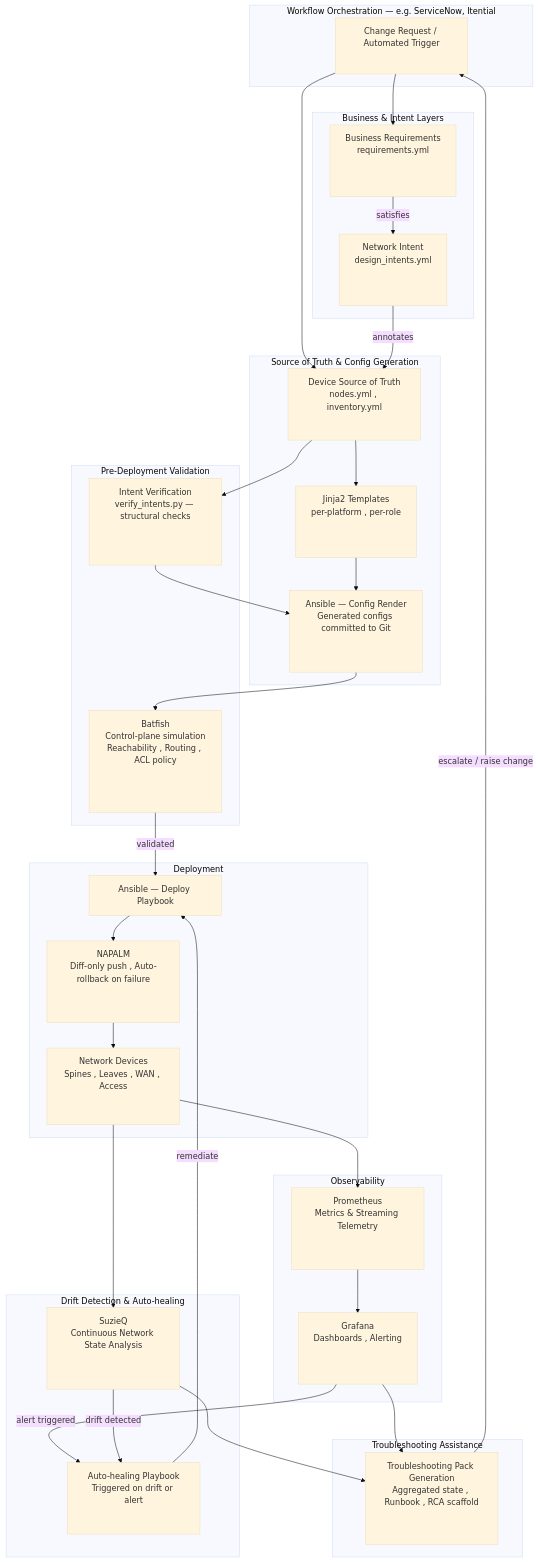
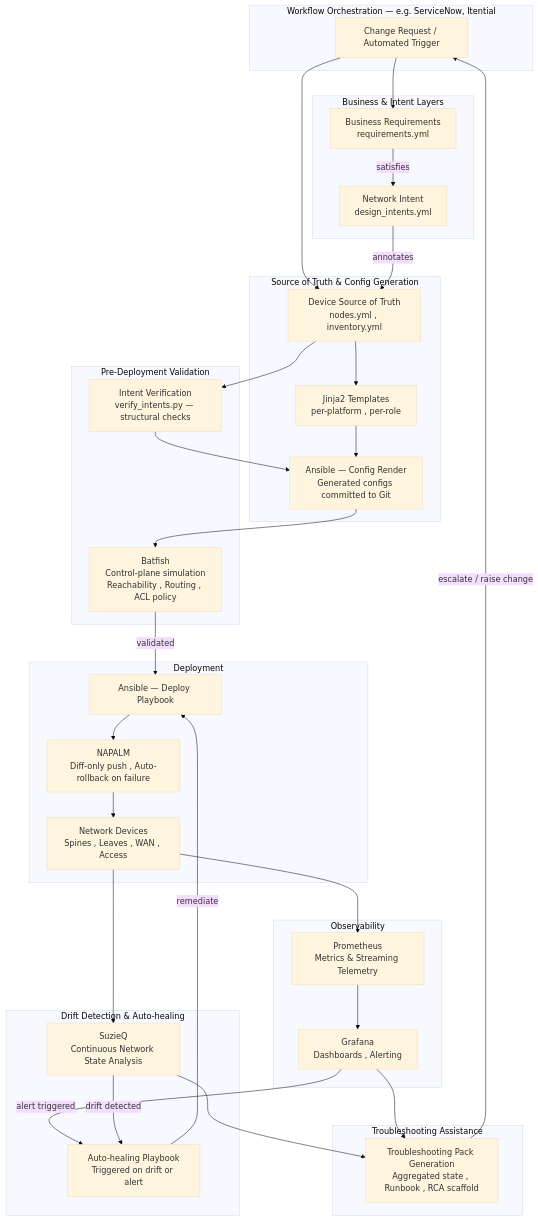
Before and after one commit to ppklau/network_automation_handbook: the fourth of 4 diagrams in 06-architecture-patterns/chapter.md, drawn with Mermaid (base theme). The commit also changed other lines of this file and 9 other files, not shown here.

Commit message:
Updated Mermaid charts.

````diff
--- a/06-architecture-patterns/chapter.md
+++ b/06-architecture-patterns/chapter.md
@@ -431,67 +431,67 @@
 ```mermaid
 flowchart TD
     subgraph ORCH["Workflow Orchestration  —  e.g. ServiceNow, Itential"]
-        WF["<div style='min-height:80px'>Change Request / Automated Trigger</div>"]
+        WF["Change Request / Automated Trigger"]
     end
 
     subgraph INTENT["Business & Intent Layers"]
-        BIZ["<div style='min-height:110px'>Business Requirements<br>requirements.yml</div>"]
-        NET["<div style='min-height:110px'>Network Intent<br>design_intents.yml</div>"]
+        BIZ["Business Requirements<br>requirements.yml"]
+        NET["Network Intent<br>design_intents.yml"]
     end
 
     subgraph SOT_LAYER["Source of Truth & Config Generation"]
-        SOT["<div style='min-height:110px'>Device Source of Truth<br>nodes.yml , inventory.yml</div>"]
-        TEMPLATES["<div style='min-height:110px'>Jinja2 Templates<br>per-platform , per-role</div>"]
-        ANSIBLE_GEN["<div style='min-height:130px'>Ansible — Config Render<br>Generated configs committed to Git</div>"]
+        SOT["Device Source of Truth<br>nodes.yml , inventory.yml"]
+        TEMPLATES["Jinja2 Templates<br>per-platform , per-role"]
+        ANSIBLE_GEN["Ansible — Config Render<br>Generated configs committed to Git"]
     end
 
     subgraph VALIDATE["Pre-Deployment Validation"]
-        VERIFY["<div style='min-height:140px'>Intent Verification<br>verify_intents.py — structural checks</div>"]
-        BATFISH["<div style='min-height:170px'>Batfish<br>Control-plane simulation<br>Reachability , Routing , ACL policy</div>"]
+        VERIFY["Intent Verification<br>verify_intents.py — structural checks"]
+        BATFISH["Batfish<br>Control-plane simulation<br>Reachability , Routing , ACL policy"]
     end
 
     subgraph DEPLOY["Deployment"]
         ANSIBLE_DEPLOY["Ansible — Deploy Playbook"]
-        NAPALM["<div style='min-height:130px'>NAPALM<br>Diff-only push , Auto-rollback on failure</div>"]
-        DEVICES["<div style='min-height:120px'>Network Devices<br>Spines , Leaves , WAN , Access</div>"]
+        NAPALM["NAPALM<br>Diff-only push , Auto-rollback on failure"]
+        DEVICES["Network Devices<br>Spines , Leaves , WAN , Access"]
     end
 
     subgraph OBS["Observability"]
-        PROM["<div style='min-height:130px'>Prometheus<br>Metrics & Streaming Telemetry</div>"]
-        GRAFANA["<div style='min-height:110px'>Grafana<br>Dashboards , Alerting</div?"]
+        PROM["Prometheus<br>Metrics & Streaming Telemetry"]
+        GRAFANA["Grafana<br>Dashboards , Alerting"]
     end
 
     subgraph DRIFT["Drift Detection & Auto-healing"]
-        SUZIEQ["<div style='min-height:130px'>SuzieQ<br>Continuous Network State Analysis</div>"]
-        HEAL["<div style='min-height:110px'>Auto-healing Playbook<br>Triggered on drift or alert</div>"]
+        SUZIEQ["SuzieQ<br>Continuous Network State Analysis"]
+        HEAL["Auto-healing Playbook<br>Triggered on drift or alert"]
     end
 
     subgraph TROUBLE["Troubleshooting Assistance"]
-        TPACK["<div style='min-height:150px'>Troubleshooting Pack Generation<br>Aggregated state , Runbook , RCA scaffold</div>"]
+        TPACK["Troubleshooting Pack Generation<br>Aggregated state , Runbook , RCA scaffold"]
     end
 
     WF --> BIZ
     WF --> SOT
     BIZ -->|"satisfies"| NET
     NET -->|"annotates"| SOT
     SOT --> TEMPLATES
     SOT --> VERIFY
     TEMPLATES --> ANSIBLE_GEN
     VERIFY --> ANSIBLE_GEN
     ANSIBLE_GEN --> BATFISH
     BATFISH -->|"validated"| ANSIBLE_DEPLOY
     ANSIBLE_DEPLOY --> NAPALM
     NAPALM --> DEVICES
 
     DEVICES --> PROM
     PROM --> GRAFANA
     DEVICES --> SUZIEQ
 
     GRAFANA -->|"alert triggered"| HEAL
     SUZIEQ -->|"drift detected"| HEAL
     HEAL -->|"remediate"| ANSIBLE_DEPLOY
 
     GRAFANA --> TPACK
     SUZIEQ --> TPACK
     TPACK -->|"escalate / raise change"| WF
 ```
````
